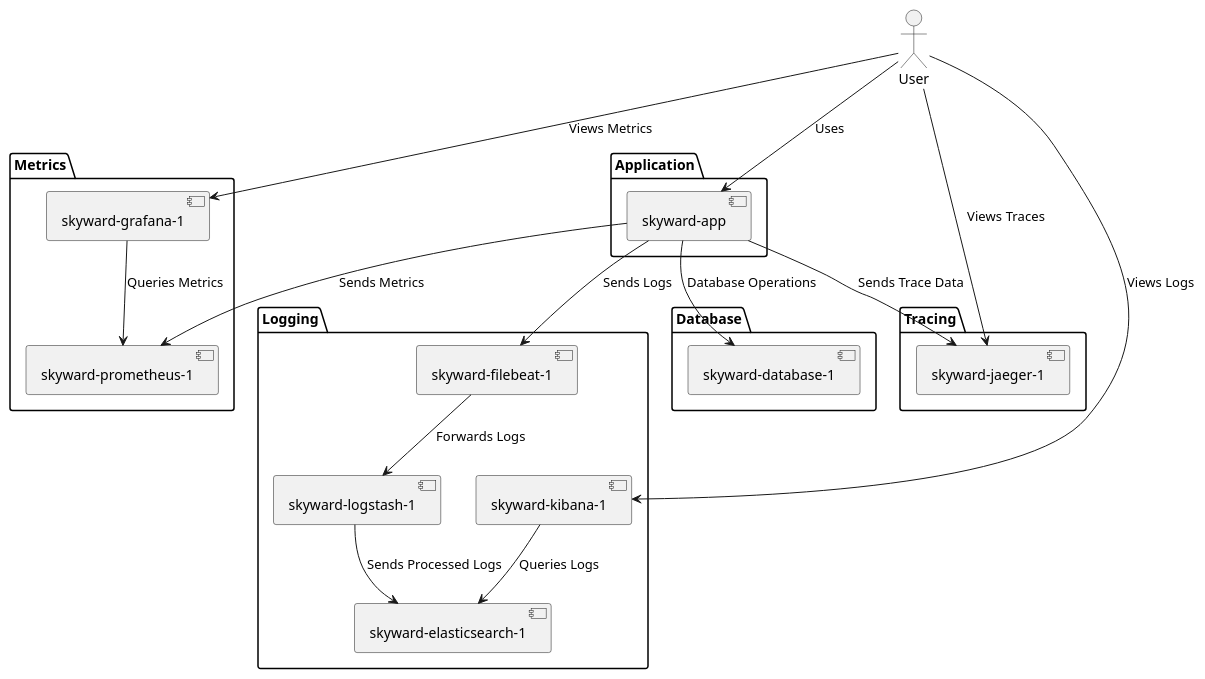
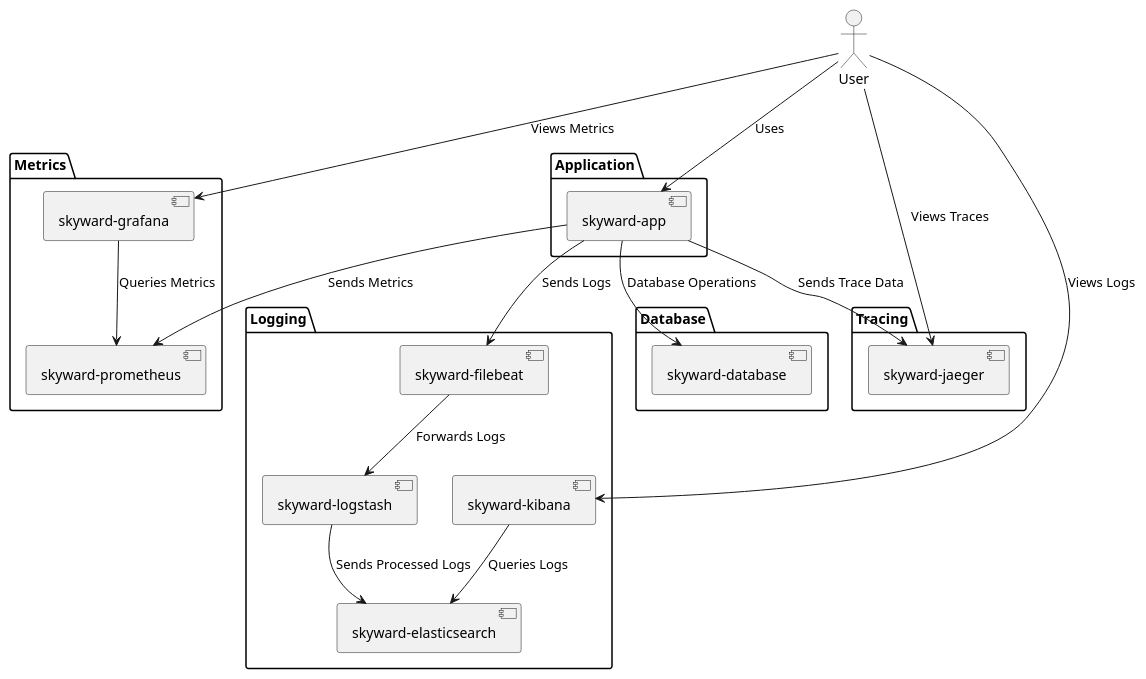
Before and after one commit to esgaltur/skyward: the diagram in design/data_flow.puml, drawn with PlantUML. The commit also changed 2 other files, not shown here.

Commit message:
plantuml diagrams updated

```diff
--- a/design/data_flow.puml
+++ b/design/data_flow.puml
@@ -1,43 +1,43 @@
 @startuml
 actor User
 
 package "Application" {
   [skyward-app]
 }
 
 package "Database" {
-  [skyward-database-1]
+  [skyward-database]
 }
 
 package "Logging" {
-  [skyward-filebeat-1]
-  [skyward-logstash-1]
-  [skyward-elasticsearch-1]
-  [skyward-kibana-1]
+  [skyward-filebeat]
+  [skyward-logstash]
+  [skyward-elasticsearch]
+  [skyward-kibana]
 }
 
 package "Metrics" {
-  [skyward-prometheus-1]
-  [skyward-grafana-1]
+  [skyward-prometheus]
+  [skyward-grafana]
 }
 
 package "Tracing" {
-  [skyward-jaeger-1]
+  [skyward-jaeger]
 }
 
 User --> [skyward-app] : Uses
-[skyward-app] --> [skyward-database-1] : Database Operations
+[skyward-app] --> [skyward-database] : Database Operations
 
-[skyward-app] --> [skyward-filebeat-1] : Sends Logs
-[skyward-filebeat-1] --> [skyward-logstash-1] : Forwards Logs
-[skyward-logstash-1] --> [skyward-elasticsearch-1] : Sends Processed Logs
-[skyward-kibana-1] --> [skyward-elasticsearch-1] : Queries Logs
-User --> [skyward-kibana-1] : Views Logs
+[skyward-app] --> [skyward-filebeat] : Sends Logs
+[skyward-filebeat] --> [skyward-logstash] : Forwards Logs
+[skyward-logstash] --> [skyward-elasticsearch] : Sends Processed Logs
+[skyward-kibana] --> [skyward-elasticsearch] : Queries Logs
+User --> [skyward-kibana] : Views Logs
 
-[skyward-app] --> [skyward-prometheus-1] : Sends Metrics
-[skyward-grafana-1] --> [skyward-prometheus-1] : Queries Metrics
-User --> [skyward-grafana-1] : Views Metrics
+[skyward-app] --> [skyward-prometheus] : Sends Metrics
+[skyward-grafana] --> [skyward-prometheus] : Queries Metrics
+User --> [skyward-grafana] : Views Metrics
 
-[skyward-app] --> [skyward-jaeger-1] : Sends Trace Data
-User --> [skyward-jaeger-1] : Views Traces
+[skyward-app] --> [skyward-jaeger] : Sends Trace Data
+User --> [skyward-jaeger] : Views Traces
 @enduml
```
